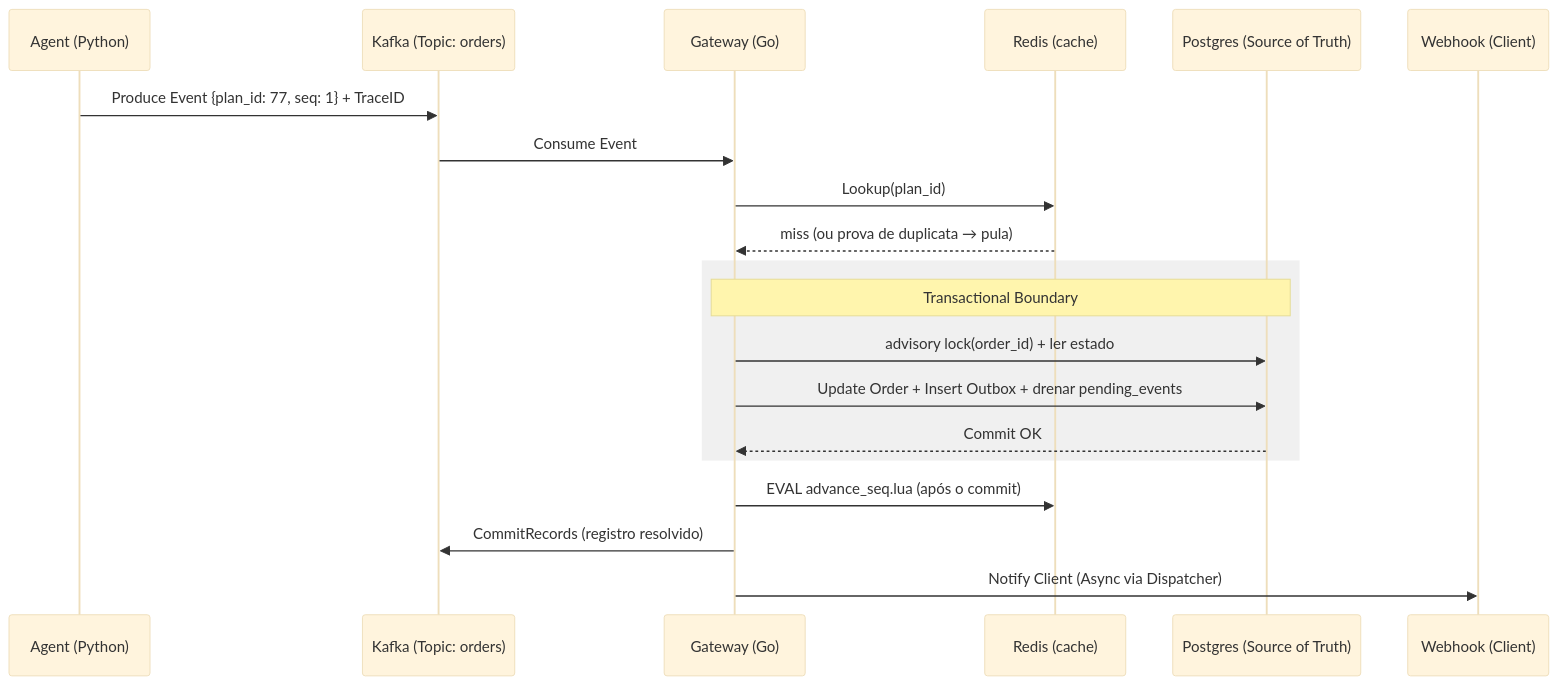
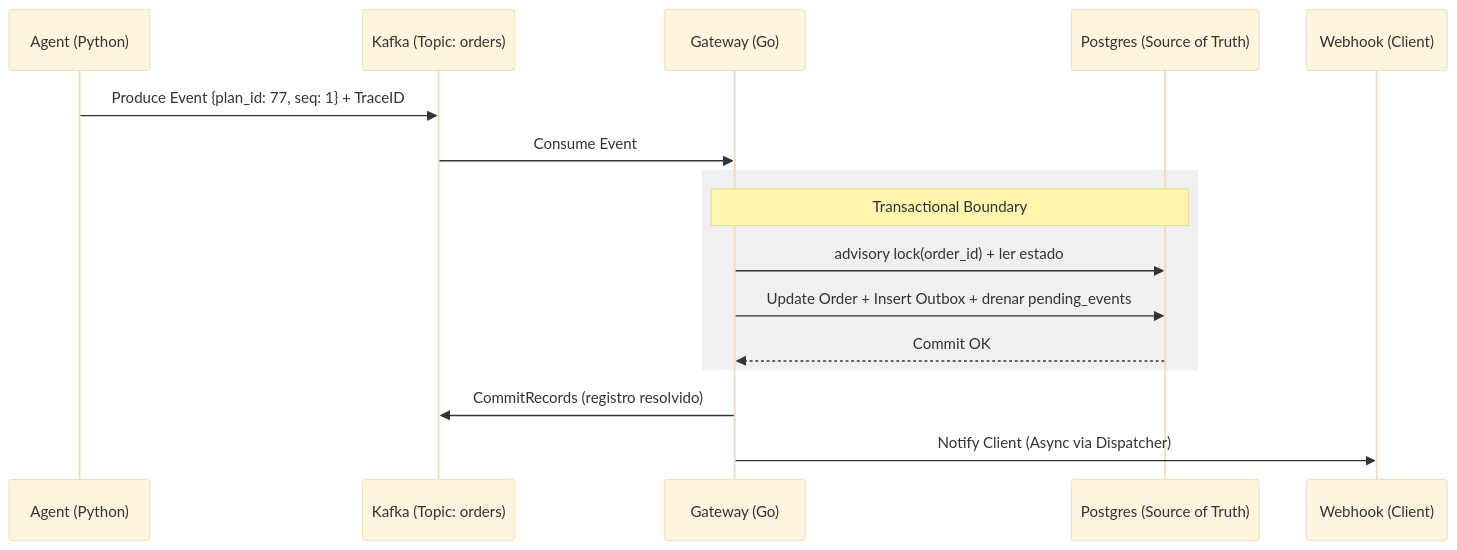
Before and after one commit to deboracastrodev/distribuid-system-simulator: the diagram in docs/blueprint-arquitetura.md, drawn with Mermaid (base theme). The commit also changed other lines of this file and 29 other files, not shown here.

````diff
--- a/docs/blueprint-arquitetura.md
+++ b/docs/blueprint-arquitetura.md
@@ -57,25 +58,21 @@
 ```mermaid
 sequenceDiagram
     participant A as Agent (Python)
     participant K as Kafka (Topic: orders)
     participant G as Gateway (Go)
-    participant R as Redis (cache)
     participant DB as Postgres (Source of Truth)
     participant W as Webhook (Client)
 
     A->>K: Produce Event {plan_id: 77, seq: 1} + TraceID
     K->>G: Consume Event
-    G->>R: Lookup(plan_id)
-    R-->>G: miss (ou prova de duplicata → pula)
 
     rect rgb(240, 240, 240)
         Note over G,DB: Transactional Boundary
         G->>DB: advisory lock(order_id) + ler estado
         G->>DB: Update Order + Insert Outbox + drenar pending_events
         DB-->>G: Commit OK
     end
 
-    G->>R: EVAL advance_seq.lua (após o commit)
     G->>K: CommitRecords (registro resolvido)
     G->>W: Notify Client (Async via Dispatcher)
 ```
````
